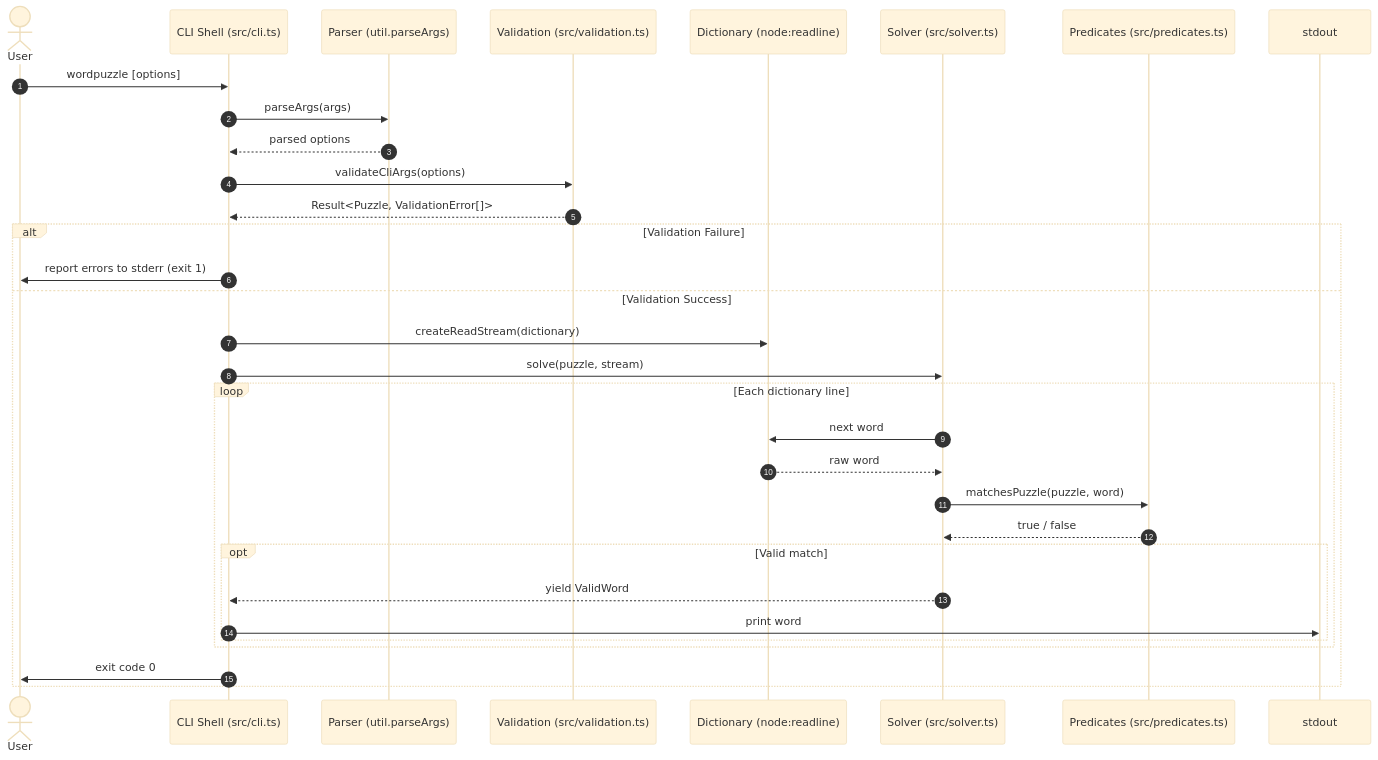
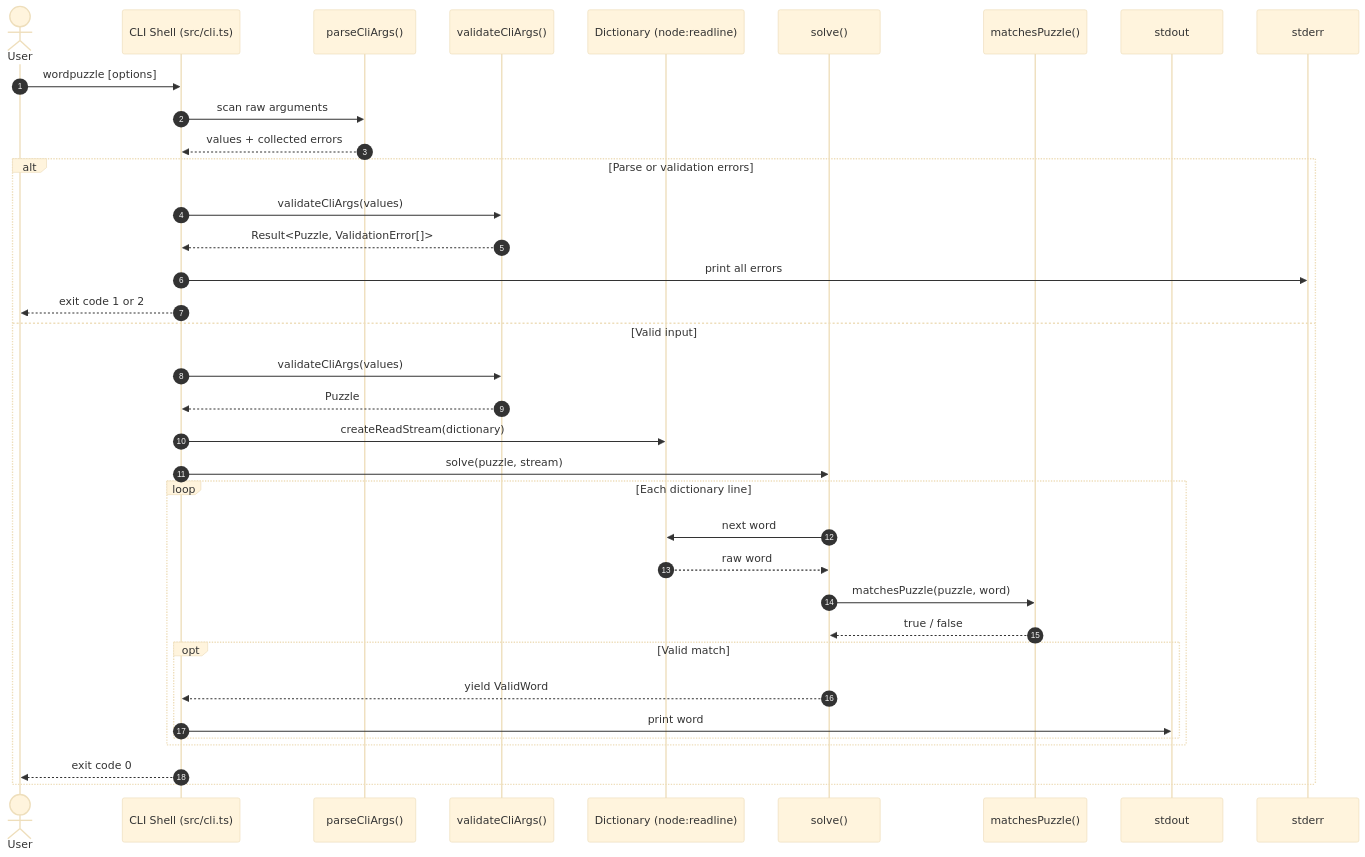
The first of 2 diagrams in README.md (frankhjung/typescript-wordpuzzle), drawn with Mermaid (base theme) before and after one commit. The commit also changed other lines of this file and 3 other files, not shown here.

Commit message:
feat: implement comprehensive error reporting for CLI arguments and validation

````diff
--- a/README.md
+++ b/README.md
@@ -197,37 +223,40 @@
 ```mermaid
 sequenceDiagram
   autonumber
   actor User
   participant CLI as CLI Shell (src/cli.ts)
-  participant Parser as Parser (util.parseArgs)
-  participant Val as Validation (src/validation.ts)
+  participant Parser as parseCliArgs()
+  participant Val as validateCliArgs()
   participant Dict as Dictionary (node:readline)
-  participant Solver as Solver (src/solver.ts)
-  participant Pred as Predicates (src/predicates.ts)
+  participant Solver as solve()
+  participant Pred as matchesPuzzle()
   participant Stdout as stdout
+  participant Stderr as stderr
 
   User->>CLI: wordpuzzle [options]
-  CLI->>Parser: parseArgs(args)
-  Parser-->>CLI: parsed options
+  CLI->>Parser: scan raw arguments
+  Parser-->>CLI: values + collected errors
 
-  CLI->>Val: validateCliArgs(options)
-  Val-->>CLI: Result<Puzzle, ValidationError[]>
-
-  alt Validation Failure
-    CLI->>User: report errors to stderr (exit 1)
-  else Validation Success
+  alt Parse or validation errors
+    CLI->>Val: validateCliArgs(values)
+    Val-->>CLI: Result<Puzzle, ValidationError[]>
+    CLI->>Stderr: print all errors
+    CLI-->>User: exit code 1 or 2
+  else Valid input
+    CLI->>Val: validateCliArgs(values)
+    Val-->>CLI: Puzzle
     CLI->>Dict: createReadStream(dictionary)
     CLI->>Solver: solve(puzzle, stream)
     loop Each dictionary line
       Solver->>Dict: next word
       Dict-->>Solver: raw word
       Solver->>Pred: matchesPuzzle(puzzle, word)
       Pred-->>Solver: true / false
       opt Valid match
         Solver-->>CLI: yield ValidWord
         CLI->>Stdout: print word
       end
     end
-    CLI->>User: exit code 0
+    CLI-->>User: exit code 0
   end
 ```
````
